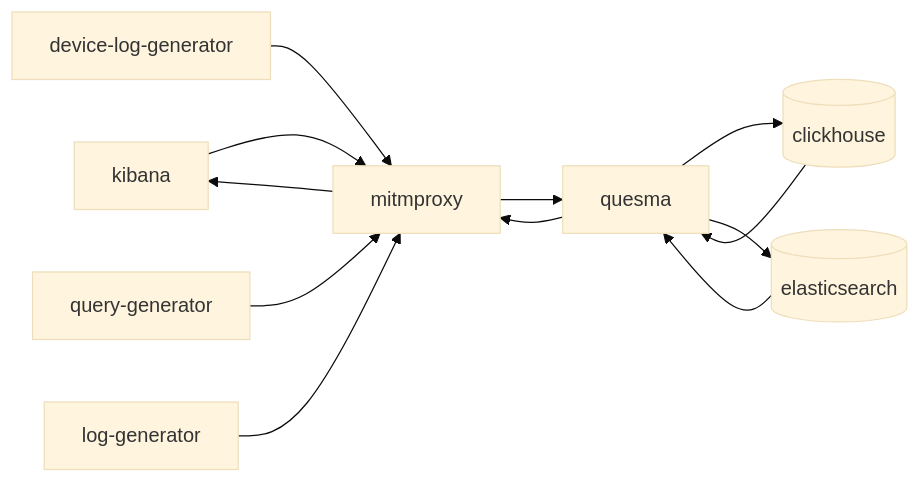
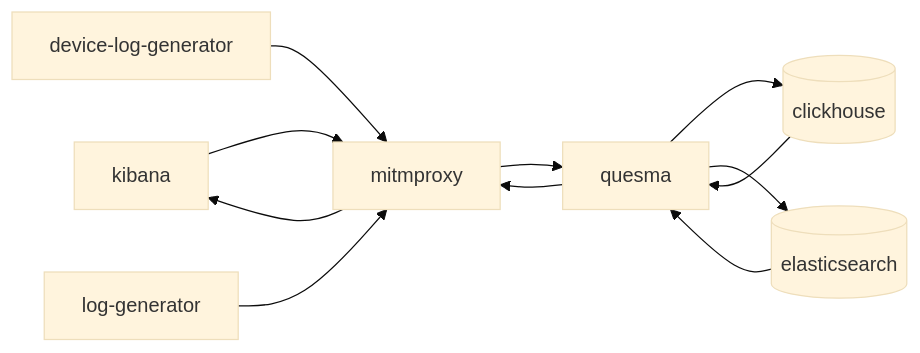
The third of 3 diagrams in README.md (QuesmaOrg/quesma), drawn with Mermaid (base theme) before and after one commit. The commit also changed 5 other files, not shown here.

First line of the commit message:
Remove query-generator (#325)

````diff
--- a/README.md
+++ b/README.md
@@ -42,14 +42,13 @@
 ```mermaid
 flowchart LR;
     kibana-->mitmproxy;
     mitmproxy-->kibana;
     device-log-generator-->mitmproxy;
-    query-generator-->mitmproxy;
     log-generator-->mitmproxy;
     mitmproxy-->quesma;
     quesma-->mitmproxy;
     quesma-->clickhouse[(clickhouse)];
     clickhouse-->quesma;
     quesma-->elasticsearch[(elasticsearch)];
     elasticsearch-->quesma;
 ```
````
